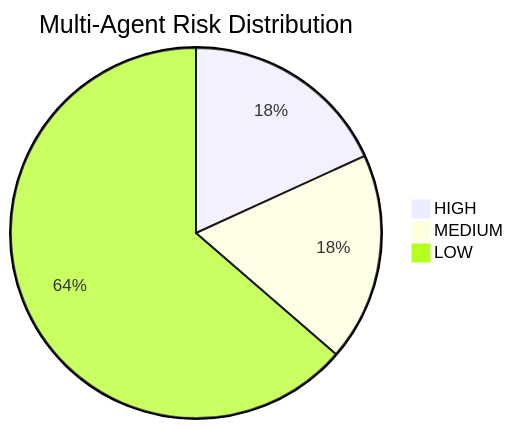
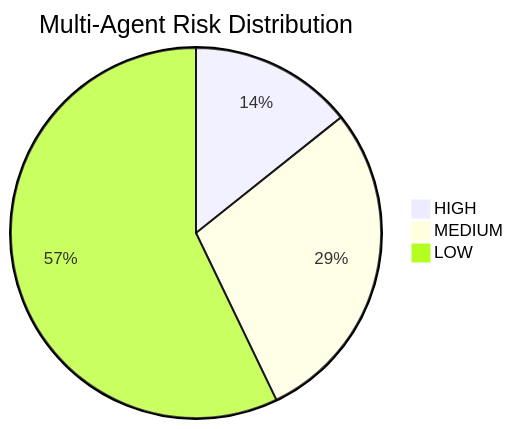
Before and after one commit to stefanotractor/FBI-Agents-817541: the ninth of 11 diagrams in README.md, drawn with Mermaid. The commit also changed other lines of this file, not shown here.

````diff
--- a/README.md
+++ b/README.md
@@ -1104,6 +1096,6 @@
 ```mermaid
 pie title Multi-Agent Risk Distribution
     "HIGH" : 2
-    "MEDIUM" : 2
-    "LOW" : 7
+    "MEDIUM" : 4
+    "LOW" : 8
 ```
````
